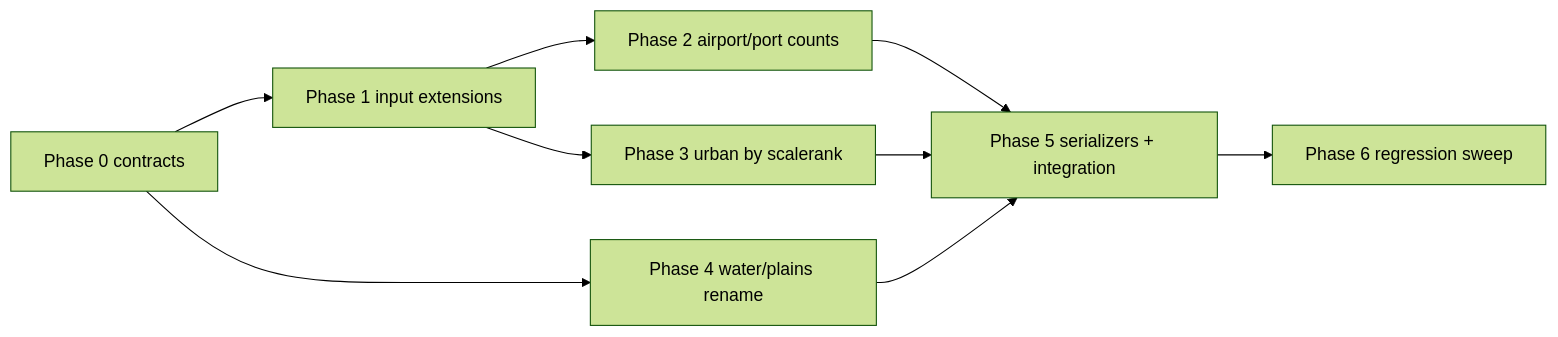
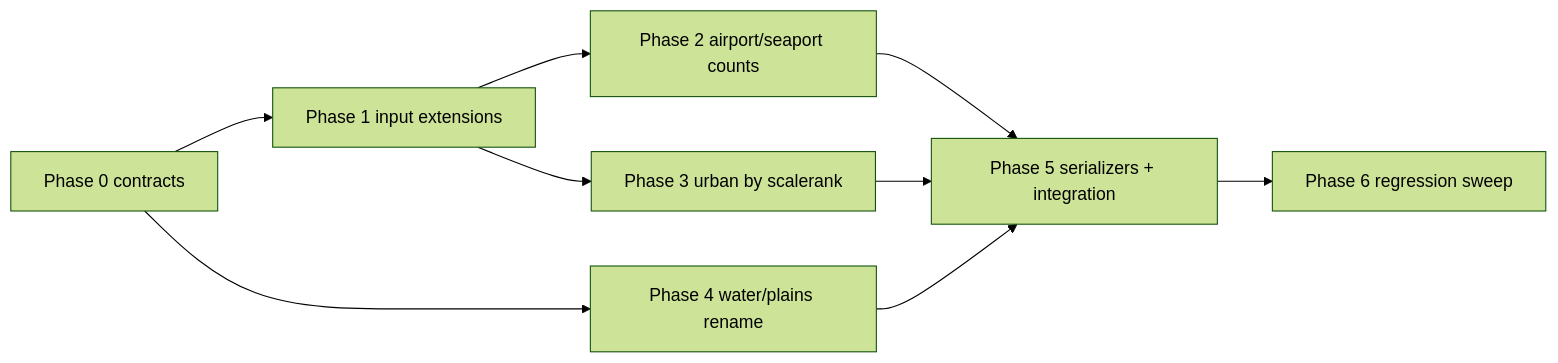
The diagram in .spec/completed/terrain-metadata-enhancements-execution-plan.md (michael-kitchin/agent-wars), drawn with Mermaid (forest theme) before and after one commit. The commit also changed other lines of this file and 34 other files, not shown here.

````diff
--- a/.spec/completed/terrain-metadata-enhancements-execution-plan.md
+++ b/.spec/completed/terrain-metadata-enhancements-execution-plan.md
@@ -321,19 +321,19 @@
 ```mermaid
 flowchart LR
   P0[Phase 0 contracts]
   P1[Phase 1 input extensions]
-  P2[Phase 2 airport/port counts]
+  P2[Phase 2 airport/seaport counts]
   P3[Phase 3 urban by scalerank]
   P4[Phase 4 water/plains rename]
   P5[Phase 5 serializers + integration]
   P6[Phase 6 regression sweep]
 
   P0 --> P1
   P1 --> P2
   P1 --> P3
   P0 --> P4
   P2 --> P5
   P3 --> P5
   P4 --> P5
   P5 --> P6
 ```
````
